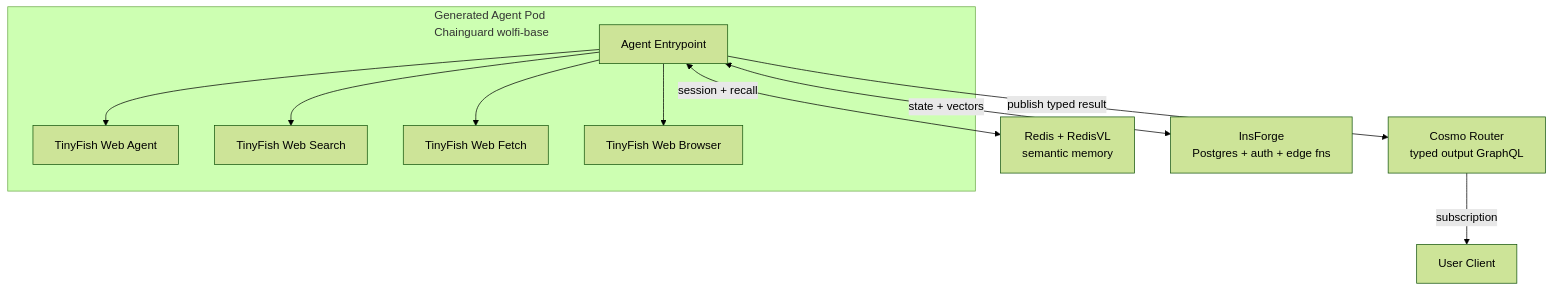
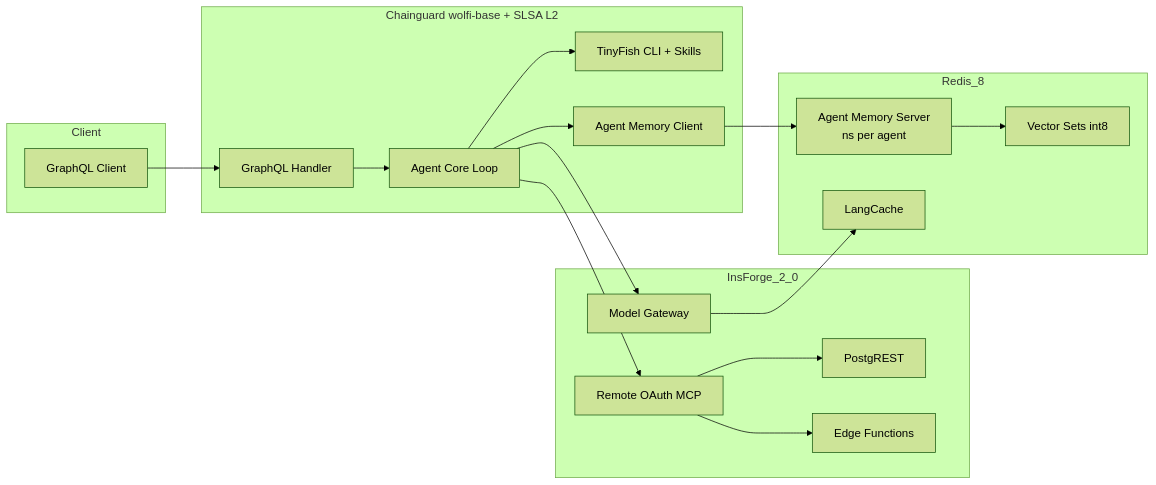
One commit to nihalnihalani/understudy changed the fourth of 9 diagrams in architecture.md. Above: the diagram before and after it, drawn with Mermaid (forest theme). The commit also changed other lines of this file and 1 other file, not shown here.

````diff
--- a/architecture.md
+++ b/architecture.md
@@ -104,24 +183,37 @@
 ```mermaid
-flowchart TB
-    subgraph Pod[Generated Agent Pod<br/>Chainguard wolfi-base]
-        AG[Agent Entrypoint]
-        TF1[TinyFish Web Agent]
-        TF2[TinyFish Web Search]
-        TF3[TinyFish Web Fetch]
-        TF4[TinyFish Web Browser]
+flowchart LR
+    subgraph Client
+        CALLER[GraphQL Client]
     end
 
-    AG --> TF1
-    AG --> TF2
-    AG --> TF3
-    AG --> TF4
+    subgraph Agent_Pod[Chainguard wolfi-base + SLSA L2]
+        GQL[GraphQL Handler]
+        CORE[Agent Core Loop]
+        TF[TinyFish CLI + Skills]
+        MEM[Agent Memory Client]
+    end
 
-    RD[Redis + RedisVL<br/>semantic memory]
-    IF[InsForge<br/>Postgres + auth + edge fns]
-    CO[Cosmo Router<br/>typed output GraphQL]
+    subgraph InsForge_2_0
+        IMCP[Remote OAuth MCP]
+        PG[PostgREST]
+        MG[Model Gateway]
+        EF[Edge Functions]
+    end
 
-    AG <-->|session + recall| RD
-    AG <-->|state + vectors| IF
-    AG -->|publish typed result| CO
-    CO -->|subscription| Client[User Client]
+    subgraph Redis_8
+        AMS[Agent Memory Server<br/>ns per agent]
+        VSET[Vector Sets int8]
+        LC[LangCache]
+    end
+
+    CALLER --> GQL --> CORE
+    CORE --> TF
+    CORE --> MEM
+    MEM --> AMS
+    AMS --> VSET
+    CORE --> MG
+    MG --> LC
+    CORE --> IMCP
+    IMCP --> PG
+    IMCP --> EF
 ```
````
